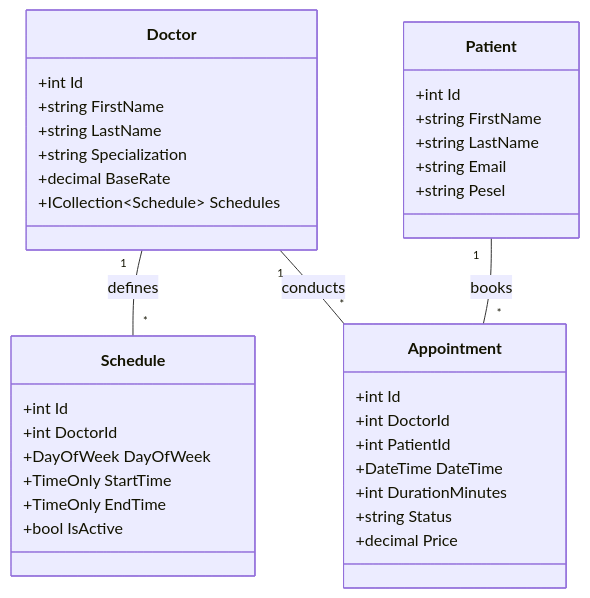
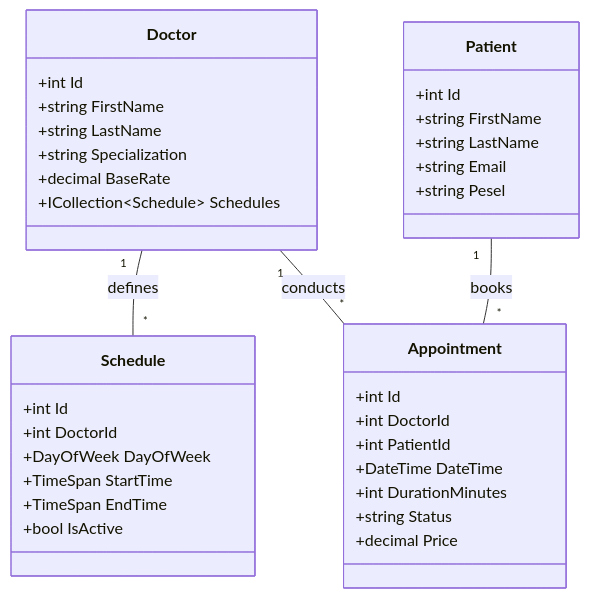
Before and after one commit to lunnarphase/MediSchedule-API: the diagram in Readme.md, drawn with Mermaid.

Commit message:
Update Schedule class properties types in Readme

````diff
--- a/Readme.md
+++ b/Readme.md
@@ -48,39 +48,39 @@
 ```mermaid
 classDiagram
     class Doctor {
         +int Id
         +string FirstName
         +string LastName
         +string Specialization
         +decimal BaseRate
         +ICollection~Schedule~ Schedules
     }
     class Patient {
         +int Id
         +string FirstName
         +string LastName
         +string Email
         +string Pesel
     }
-    class Schedule {
+ class Schedule {
         +int Id
         +int DoctorId
         +DayOfWeek DayOfWeek
-        +TimeOnly StartTime
-        +TimeOnly EndTime
+        +TimeSpan StartTime  
+        +TimeSpan EndTime    
         +bool IsActive
     }
     class Appointment {
         +int Id
         +int DoctorId
         +int PatientId
         +DateTime DateTime
         +int DurationMinutes
         +string Status
         +decimal Price
     }
 
     Doctor "1" -- "*" Schedule : defines
     Doctor "1" -- "*" Appointment : conducts
     Patient "1" -- "*" Appointment : books
 ```
````
